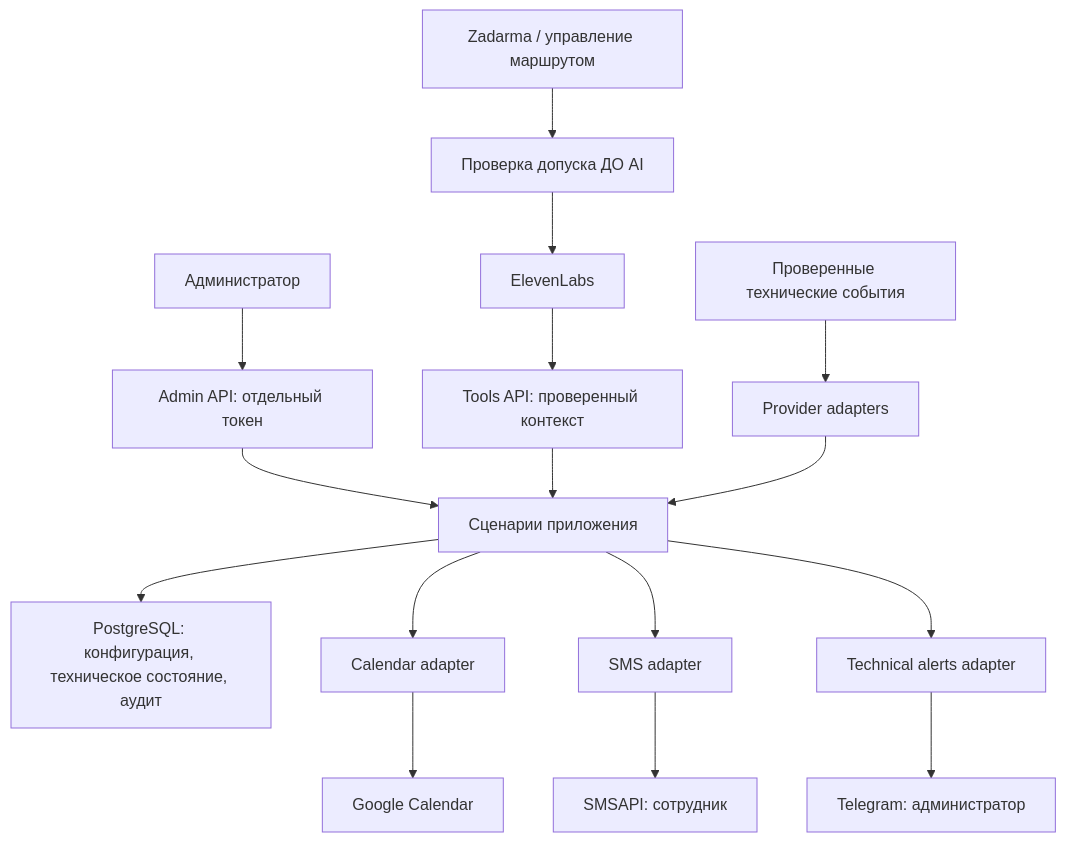
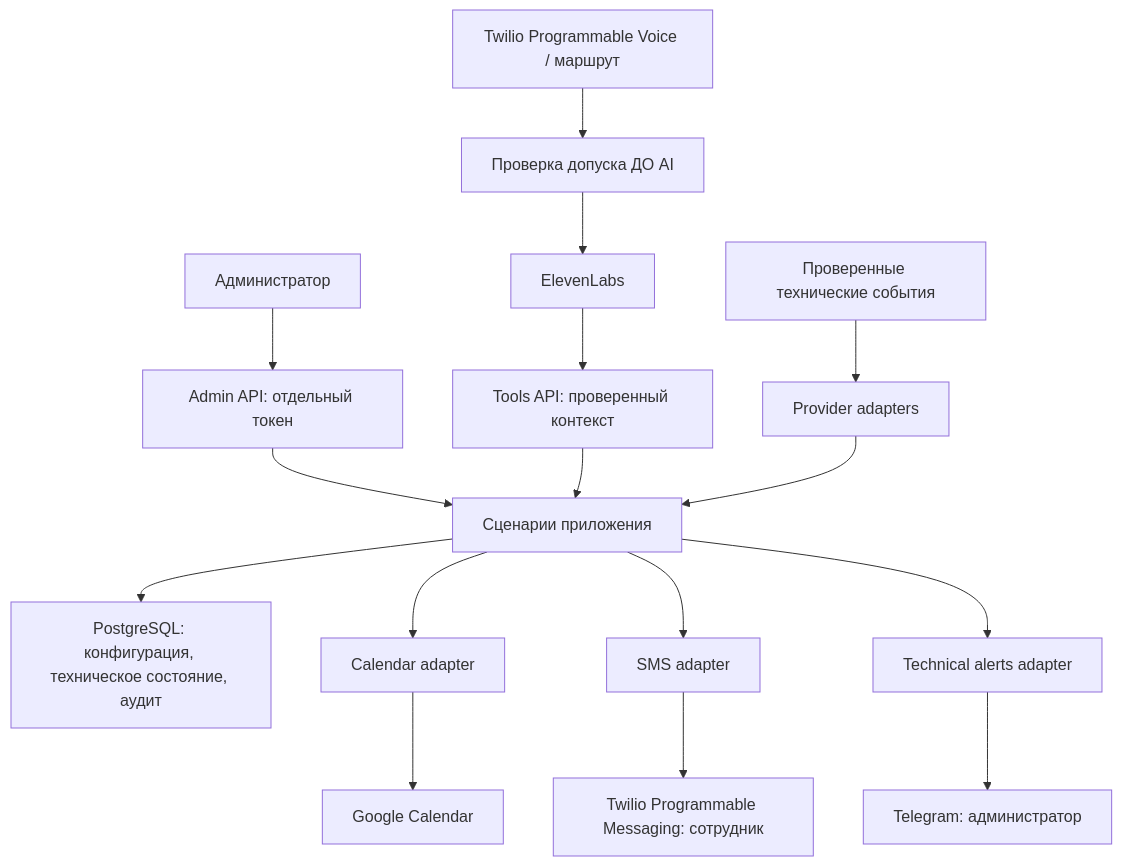
One commit to TimurSurkis/gloso changed the diagram in docs/specifications/spec-backend-architecture.md. Above: the diagram before and after it, drawn with Mermaid. The commit also changed other lines of this file and 18 other files, not shown here.

````diff
--- a/docs/specifications/spec-backend-architecture.md
+++ b/docs/specifications/spec-backend-architecture.md
@@ -7,18 +7,18 @@
 ```mermaid
 flowchart TD
     Admin[Администратор] --> AdminAPI[Admin API: отдельный токен]
-    Telco[Zadarma / управление маршрутом] --> Admission[Проверка допуска ДО AI]
+    Telco[Twilio Programmable Voice / маршрут] --> Admission[Проверка допуска ДО AI]
     Admission --> Voice[ElevenLabs]
     Voice --> Tools[Tools API: проверенный контекст]
     Events[Проверенные технические события] --> EventsAPI[Provider adapters]
     AdminAPI --> App[Сценарии приложения]
     Tools --> App
     EventsAPI --> App
     App --> PG[PostgreSQL: конфигурация, техническое состояние, аудит]
     App --> Cal[Calendar adapter]
     Cal --> Google[Google Calendar]
     App --> SMS[SMS adapter]
-    SMS --> SMSAPI[SMSAPI: сотрудник]
+    SMS --> TwilioSMS[Twilio Programmable Messaging: сотрудник]
     App --> Alerts[Technical alerts adapter]
     Alerts --> Telegram[Telegram: администратор]
 ```
````
